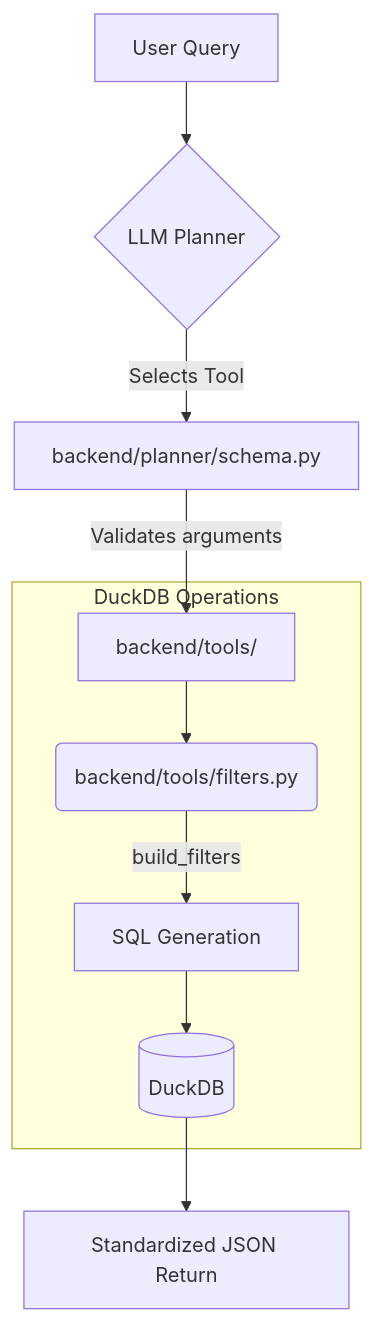
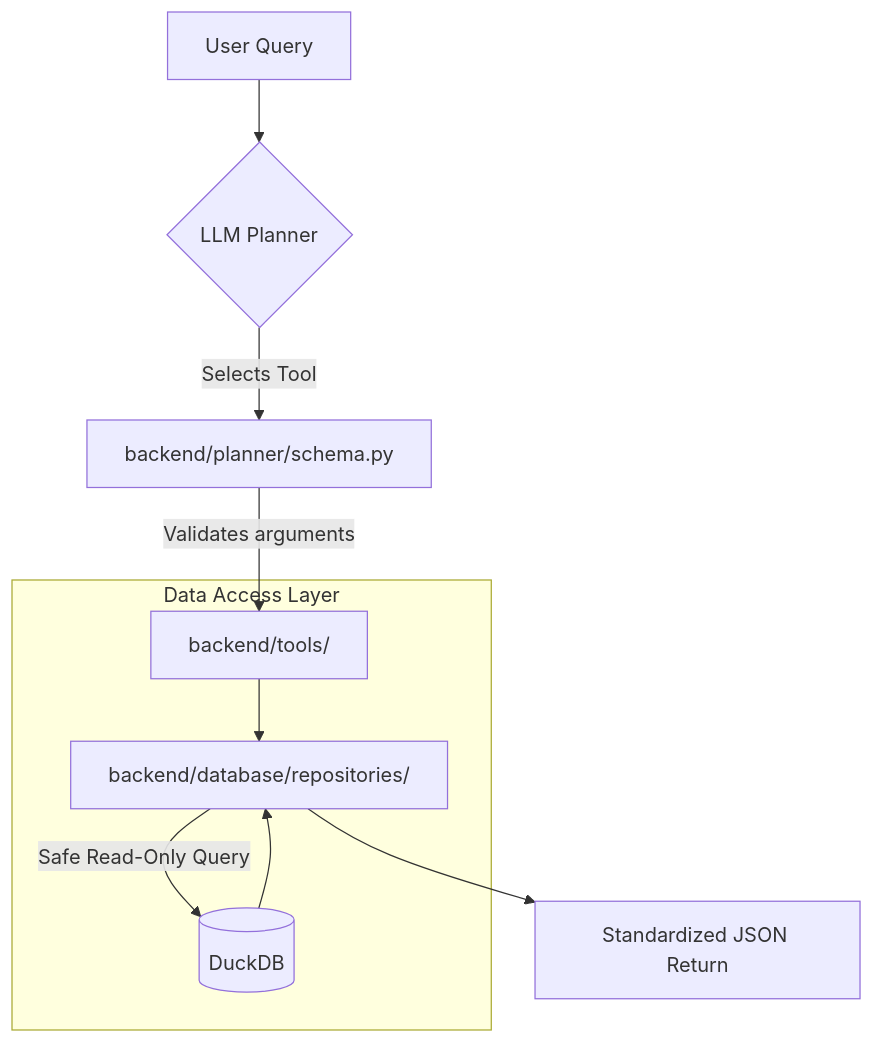
Before and after one commit to JayKrishna05/Chem-AI-Experimental-Assistant: the fourth of 5 diagrams in architecture_diagrams.md, drawn with Mermaid. The commit also changed other lines of this file and 56 other files, not shown here.

````diff
--- a/architecture_diagrams.md
+++ b/architecture_diagrams.md
@@ -84,14 +93,14 @@
 ```mermaid
 flowchart TD
     Request[User Query] --> Planner{LLM Planner}
     Planner -->|Selects Tool| Schema[backend/planner/schema.py]
     Schema -->|Validates arguments| Tools[backend/tools/]
     
-    subgraph DuckDB Operations
-        Tools --> F(backend/tools/filters.py)
-        F -->|build_filters| SQL[SQL Generation]
-        SQL --> DB[(DuckDB)]
+    subgraph Data Access Layer
+        Tools --> Repo[backend/database/repositories/]
+        Repo -->|Safe Read-Only Query| DB[(DuckDB)]
     end
     
-    DB --> Output[Standardized JSON Return]
+    DB --> Repo
+    Repo --> Output[Standardized JSON Return]
 ```
````
